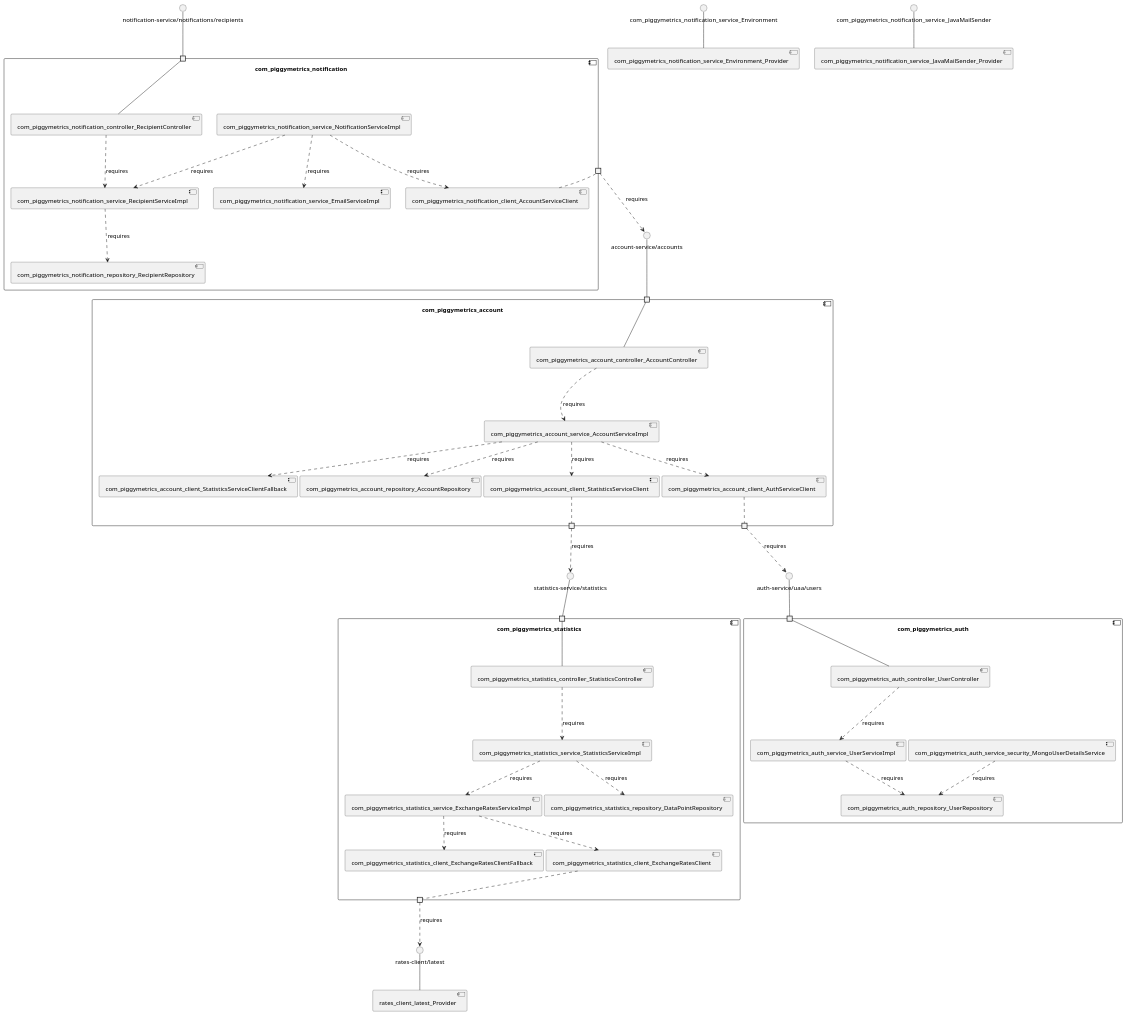
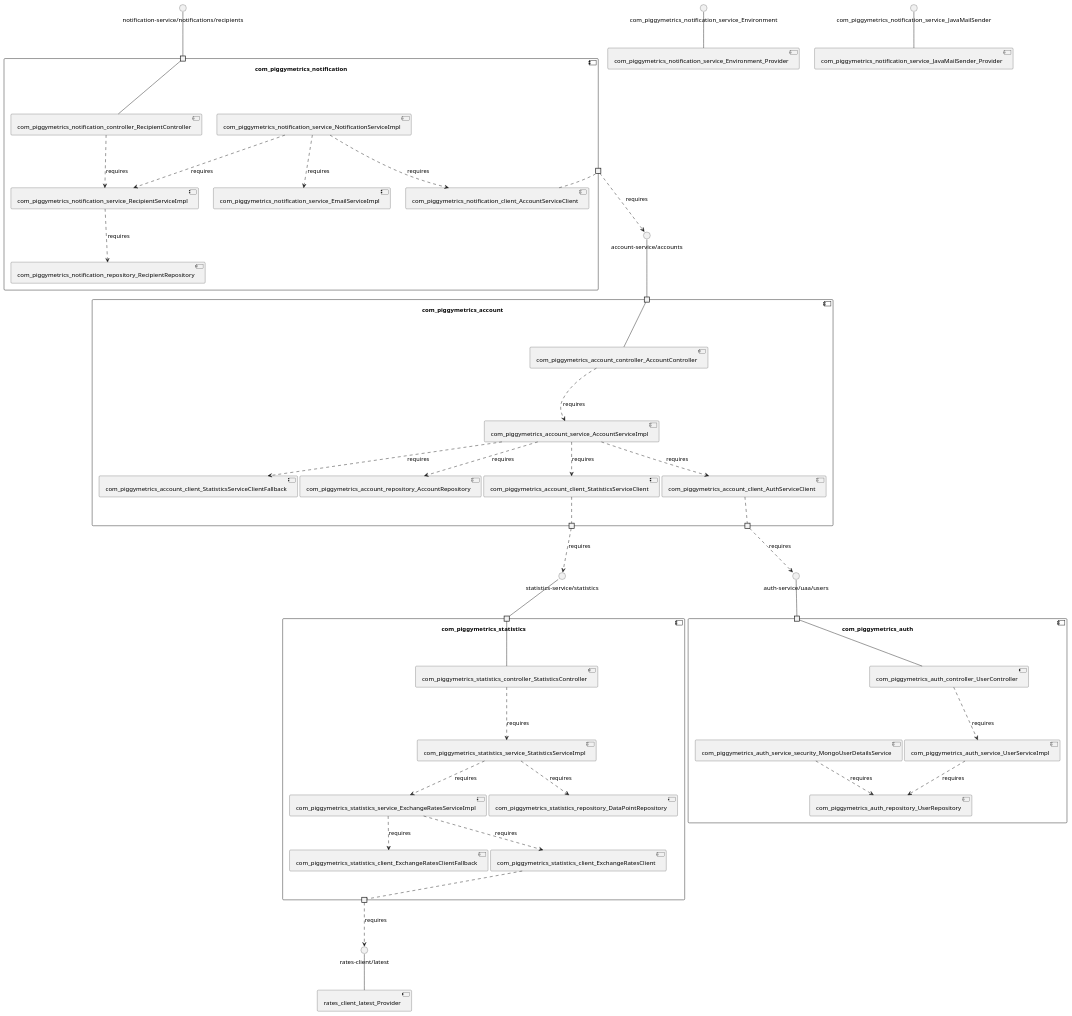
One commit to View-Based-Reverse-Engineering/Retriever-Benchmark changed the diagram in sqshq-piggymetrics/model_re/uml/componentDiagram.puml. Above: the diagram before and after it, drawn with PlantUML. The commit also changed other lines of this file and 382 other files, not shown here.

```diff
--- a/sqshq-piggymetrics/model_re/uml/componentDiagram.puml
+++ b/sqshq-piggymetrics/model_re/uml/componentDiagram.puml
@@ -1,91 +1,91 @@
 @startuml
 skinparam fixCircleLabelOverlapping true
 skinparam componentStyle uml2
 component "com_piggymetrics_account\n\n\n\n\n\n" {
-[com_piggymetrics_account_client_AuthServiceClient]
-[com_piggymetrics_account_controller_AccountController]
+[com_piggymetrics_account_service_AccountServiceImpl]
 [com_piggymetrics_account_client_StatisticsServiceClient]
 [com_piggymetrics_account_client_StatisticsServiceClientFallback]
-[com_piggymetrics_account_service_AccountServiceImpl]
+[com_piggymetrics_account_controller_AccountController]
 [com_piggymetrics_account_repository_AccountRepository]
+[com_piggymetrics_account_client_AuthServiceClient]
 portin " " as com_piggymetrics_account_requires_account_service_accounts
 portout " " as com_piggymetrics_account_provides_statistics_service_statistics
 portout " " as com_piggymetrics_account_provides_auth_service_uaa_users
 [com_piggymetrics_account_service_AccountServiceImpl]..>[com_piggymetrics_account_client_StatisticsServiceClientFallback] : requires
 [com_piggymetrics_account_service_AccountServiceImpl]..>[com_piggymetrics_account_client_StatisticsServiceClient] : requires
+[com_piggymetrics_account_service_AccountServiceImpl]..>[com_piggymetrics_account_repository_AccountRepository] : requires
 [com_piggymetrics_account_controller_AccountController]..>[com_piggymetrics_account_service_AccountServiceImpl] : requires
 [com_piggymetrics_account_service_AccountServiceImpl]..>[com_piggymetrics_account_client_AuthServiceClient] : requires
-[com_piggymetrics_account_service_AccountServiceImpl]..>[com_piggymetrics_account_repository_AccountRepository] : requires
 "com_piggymetrics_account_requires_account_service_accounts"--[com_piggymetrics_account_controller_AccountController]
 [com_piggymetrics_account_client_StatisticsServiceClient].."com_piggymetrics_account_provides_statistics_service_statistics"
 [com_piggymetrics_account_client_AuthServiceClient].."com_piggymetrics_account_provides_auth_service_uaa_users"
 }
 interface "account-service/accounts" as interface.account_service_accounts
 interface.account_service_accounts--"com_piggymetrics_account_requires_account_service_accounts"
 interface "auth-service/uaa/users" as interface.auth_service_uaa_users
 "com_piggymetrics_account_provides_auth_service_uaa_users"..>interface.auth_service_uaa_users : requires
 interface "statistics-service/statistics" as interface.statistics_service_statistics
 "com_piggymetrics_account_provides_statistics_service_statistics"..>interface.statistics_service_statistics : requires
 component "com_piggymetrics_auth\n\n\n\n\n\n" {
 [com_piggymetrics_auth_service_security_MongoUserDetailsService]
+[com_piggymetrics_auth_service_UserServiceImpl]
 [com_piggymetrics_auth_controller_UserController]
 [com_piggymetrics_auth_repository_UserRepository]
-[com_piggymetrics_auth_service_UserServiceImpl]
 portin " " as com_piggymetrics_auth_requires_auth_service_uaa_users
+[com_piggymetrics_auth_controller_UserController]..>[com_piggymetrics_auth_service_UserServiceImpl] : requires
 [com_piggymetrics_auth_service_UserServiceImpl]..>[com_piggymetrics_auth_repository_UserRepository] : requires
 [com_piggymetrics_auth_service_security_MongoUserDetailsService]..>[com_piggymetrics_auth_repository_UserRepository] : requires
-[com_piggymetrics_auth_controller_UserController]..>[com_piggymetrics_auth_service_UserServiceImpl] : requires
 "com_piggymetrics_auth_requires_auth_service_uaa_users"--[com_piggymetrics_auth_controller_UserController]
 }
 interface "auth-service/uaa/users" as interface.auth_service_uaa_users
 interface.auth_service_uaa_users--"com_piggymetrics_auth_requires_auth_service_uaa_users"
 component "com_piggymetrics_notification\n\n\n\n\n\n" {
+[com_piggymetrics_notification_service_NotificationServiceImpl]
+[com_piggymetrics_notification_repository_RecipientRepository]
+[com_piggymetrics_notification_controller_RecipientController]
 [com_piggymetrics_notification_service_EmailServiceImpl]
 [com_piggymetrics_notification_client_AccountServiceClient]
 [com_piggymetrics_notification_service_RecipientServiceImpl]
-[com_piggymetrics_notification_service_NotificationServiceImpl]
-[com_piggymetrics_notification_repository_RecipientRepository]
-[com_piggymetrics_notification_controller_RecipientController]
 portin " " as com_piggymetrics_notification_requires_notification_service_notifications_recipients
 portout " " as com_piggymetrics_notification_provides_account_service_accounts
+[com_piggymetrics_notification_service_NotificationServiceImpl]..>[com_piggymetrics_notification_client_AccountServiceClient] : requires
+[com_piggymetrics_notification_controller_RecipientController]..>[com_piggymetrics_notification_service_RecipientServiceImpl] : requires
+[com_piggymetrics_notification_service_NotificationServiceImpl]..>[com_piggymetrics_notification_service_EmailServiceImpl] : requires
 [com_piggymetrics_notification_service_NotificationServiceImpl]..>[com_piggymetrics_notification_service_RecipientServiceImpl] : requires
-[com_piggymetrics_notification_service_NotificationServiceImpl]..>[com_piggymetrics_notification_service_EmailServiceImpl] : requires
-[com_piggymetrics_notification_controller_RecipientController]..>[com_piggymetrics_notification_service_RecipientServiceImpl] : requires
-[com_piggymetrics_notification_service_NotificationServiceImpl]..>[com_piggymetrics_notification_client_AccountServiceClient] : requires
 [com_piggymetrics_notification_service_RecipientServiceImpl]..>[com_piggymetrics_notification_repository_RecipientRepository] : requires
 "com_piggymetrics_notification_requires_notification_service_notifications_recipients"--[com_piggymetrics_notification_controller_RecipientController]
 [com_piggymetrics_notification_client_AccountServiceClient].."com_piggymetrics_notification_provides_account_service_accounts"
 }
 interface "notification-service/notifications/recipients" as interface.notification_service_notifications_recipients
 interface.notification_service_notifications_recipients--"com_piggymetrics_notification_requires_notification_service_notifications_recipients"
 interface "account-service/accounts" as interface.account_service_accounts
 "com_piggymetrics_notification_provides_account_service_accounts"..>interface.account_service_accounts : requires
 component "com_piggymetrics_statistics\n\n\n\n\n\n" {
+[com_piggymetrics_statistics_service_StatisticsServiceImpl]
+[com_piggymetrics_statistics_client_ExchangeRatesClient]
 [com_piggymetrics_statistics_controller_StatisticsController]
-[com_piggymetrics_statistics_service_StatisticsServiceImpl]
+[com_piggymetrics_statistics_client_ExchangeRatesClientFallback]
+[com_piggymetrics_statistics_repository_DataPointRepository]
 [com_piggymetrics_statistics_service_ExchangeRatesServiceImpl]
-[com_piggymetrics_statistics_repository_DataPointRepository]
-[com_piggymetrics_statistics_client_ExchangeRatesClientFallback]
-[com_piggymetrics_statistics_client_ExchangeRatesClient]
 portin " " as com_piggymetrics_statistics_requires_statistics_service_statistics
 portout " " as com_piggymetrics_statistics_provides_rates_client_latest
+[com_piggymetrics_statistics_controller_StatisticsController]..>[com_piggymetrics_statistics_service_StatisticsServiceImpl] : requires
+[com_piggymetrics_statistics_service_ExchangeRatesServiceImpl]..>[com_piggymetrics_statistics_client_ExchangeRatesClientFallback] : requires
+[com_piggymetrics_statistics_service_StatisticsServiceImpl]..>[com_piggymetrics_statistics_repository_DataPointRepository] : requires
 [com_piggymetrics_statistics_service_StatisticsServiceImpl]..>[com_piggymetrics_statistics_service_ExchangeRatesServiceImpl] : requires
-[com_piggymetrics_statistics_controller_StatisticsController]..>[com_piggymetrics_statistics_service_StatisticsServiceImpl] : requires
 [com_piggymetrics_statistics_service_ExchangeRatesServiceImpl]..>[com_piggymetrics_statistics_client_ExchangeRatesClient] : requires
-[com_piggymetrics_statistics_service_StatisticsServiceImpl]..>[com_piggymetrics_statistics_repository_DataPointRepository] : requires
-[com_piggymetrics_statistics_service_ExchangeRatesServiceImpl]..>[com_piggymetrics_statistics_client_ExchangeRatesClientFallback] : requires
 "com_piggymetrics_statistics_requires_statistics_service_statistics"--[com_piggymetrics_statistics_controller_StatisticsController]
 [com_piggymetrics_statistics_client_ExchangeRatesClient].."com_piggymetrics_statistics_provides_rates_client_latest"
 }
 interface "statistics-service/statistics" as interface.statistics_service_statistics
 interface.statistics_service_statistics--"com_piggymetrics_statistics_requires_statistics_service_statistics"
 interface "rates-client/latest" as interface.rates_client_latest
 "com_piggymetrics_statistics_provides_rates_client_latest"..>interface.rates_client_latest : requires
 interface "com_piggymetrics_notification_service_Environment" as interface.com_piggymetrics_notification_service_Environment
 interface.com_piggymetrics_notification_service_Environment--[com_piggymetrics_notification_service_Environment_Provider]
 interface "com_piggymetrics_notification_service_JavaMailSender" as interface.com_piggymetrics_notification_service_JavaMailSender
 interface.com_piggymetrics_notification_service_JavaMailSender--[com_piggymetrics_notification_service_JavaMailSender_Provider]
 interface "rates-client/latest" as interface.rates_client_latest
 interface.rates_client_latest--[rates_client_latest_Provider]
 
 @enduml
```
